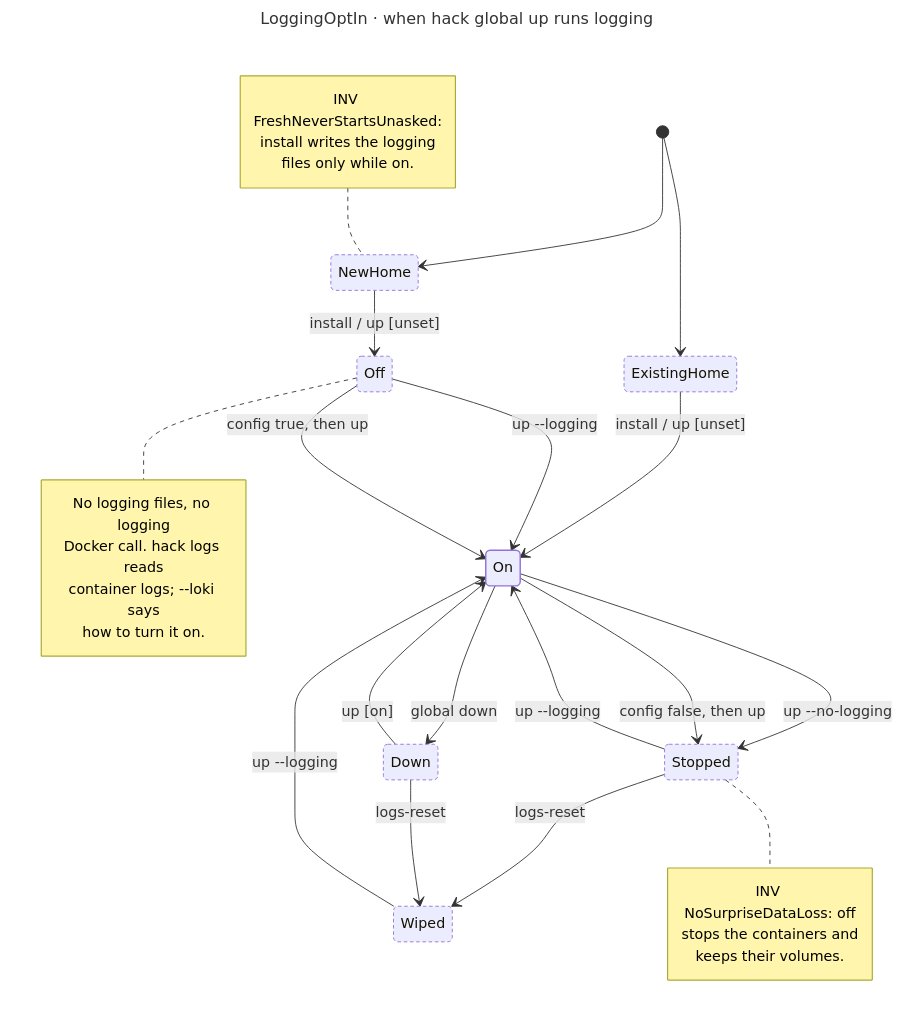
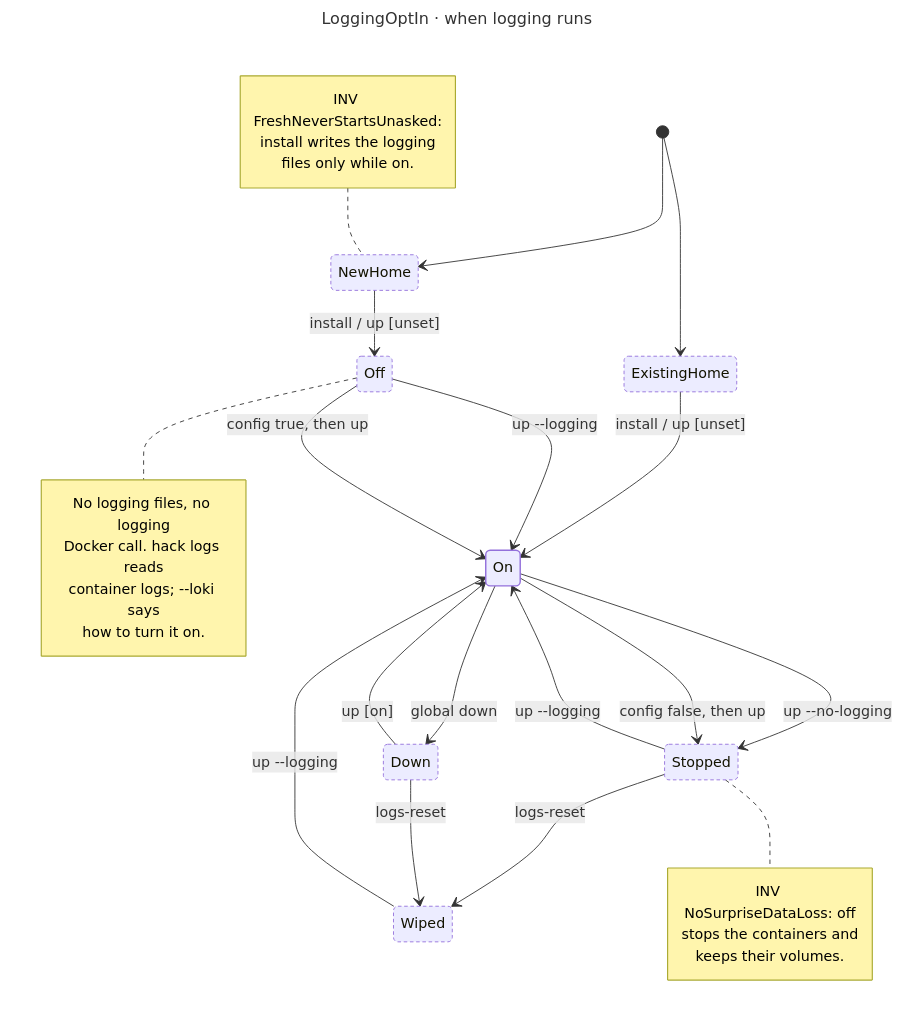
Before and after one commit to hack-dance/hack: the diagram in docs/diagrams/global-logging-optin.mmd, drawn with Mermaid. The commit also changed 2 other files, not shown here.

Commit message:
docs(diagrams): add 2x PNG state charts rendered with Chromium
Rendered from the final SVG at device scale 2 in a throwaway Chromium
container; check-chart-png and check-labels pass. Titles shortened to the
32-character line limit.

```diff
--- a/docs/diagrams/global-logging-optin.mmd
+++ b/docs/diagrams/global-logging-optin.mmd
@@ -1,39 +1,39 @@
 ---
-title: LoggingOptIn · when hack global up runs logging
+title: LoggingOptIn · when logging runs
 ---
 stateDiagram-v2
   direction TB
   [*] --> NewHome
   [*] --> ExistingHome
   NewHome --> Off : install / up [unset]
   ExistingHome --> On : install / up [unset]
   Off --> On : up --logging
   Off --> On : config true, then up
   On --> Stopped : up --no-logging
   On --> Stopped : config false, then up
   Stopped --> On : up --logging
   On --> Down : global down
   Down --> On : up [on]
   Stopped --> Wiped : logs-reset
   Down --> Wiped : logs-reset
   Wiped --> On : up --logging
   note right of Off
     No logging files, no logging
     Docker call. hack logs reads
     container logs; --loki says
     how to turn it on.
   end note
   note right of Stopped
     INV NoSurpriseDataLoss: off
     stops the containers and
     keeps their volumes.
   end note
   note left of NewHome
     INV FreshNeverStartsUnasked:
     install writes the logging
     files only while on.
   end note
   classDef ok stroke-width:1.6px
   classDef idle stroke-dasharray:4 3
   class On ok
   class Off,Stopped,Down,NewHome,ExistingHome,Wiped idle
```
